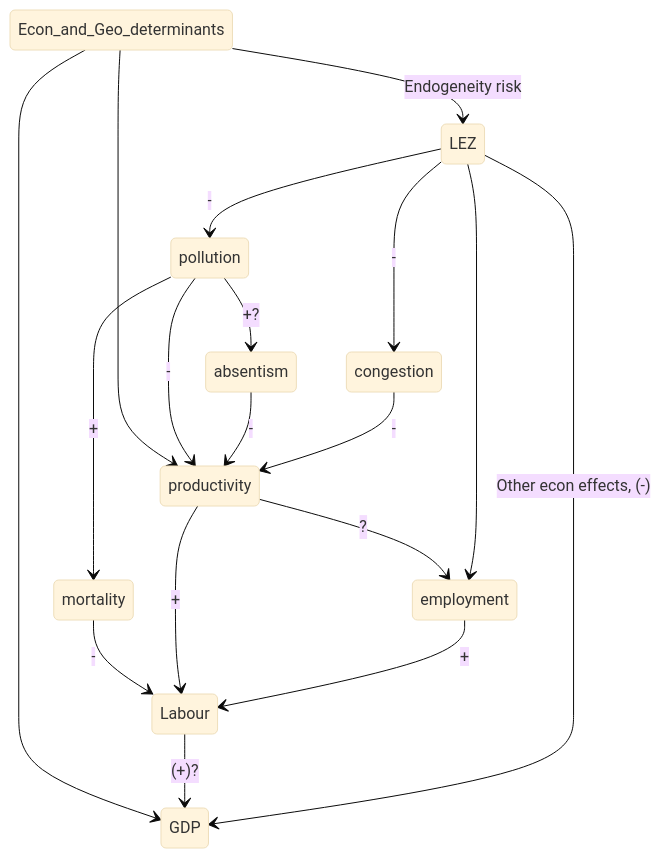
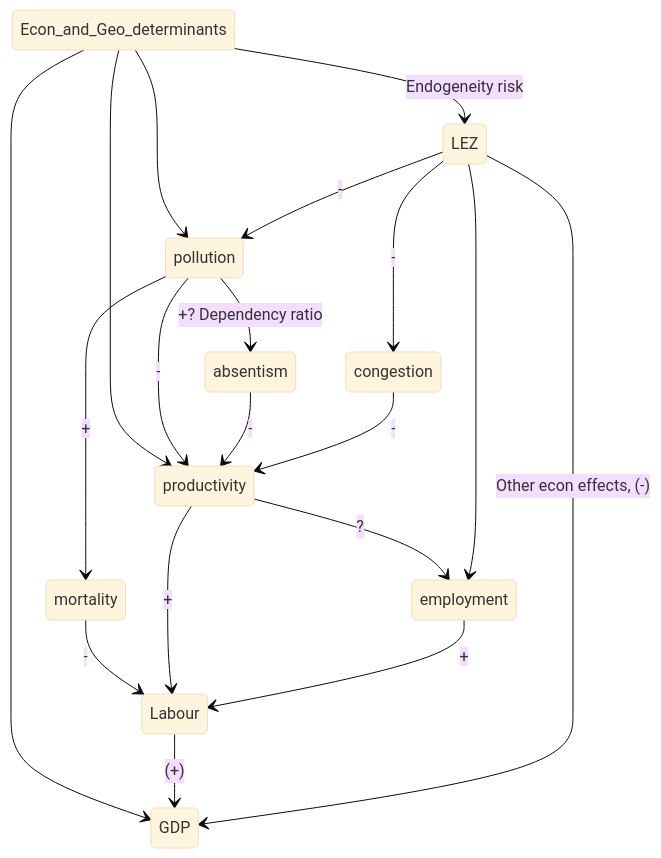
One commit to avila-a/Capstone-Project-ASDS changed the diagram in Meeting with Raúl 012020.md. Above: the diagram before and after it, drawn with Mermaid (base theme). The commit also changed other lines of this file and 2 other files, not shown here.

````diff
--- a/Meeting with Raúl 012020.md
+++ b/Meeting with Raúl 012020.md
@@ -84,27 +96,28 @@
 ```mermaid
 stateDiagram
         Econ_and_Geo_determinants --> productivity
         Econ_and_Geo_determinants --> GDP
         #Econ_and_Geo_determinants --> employment
         pollution --> productivity : -
         pollution --> mortality : +
         absentism --> productivity : -
         congestion --> productivity : -
-        Labour --> GDP : (+)?
+        Labour --> GDP : (+) 
         mortality --> Labour : -
         productivity --> Labour : +
         employment --> Labour : +
         productivity --> employment : ?
+        Econ_and_Geo_determinants --> pollution
         LEZ --> pollution : -
-        LEZ --> congestion : -
         LEZ --> GDP : Other econ effects, (-)
-        pollution --> absentism : +?
+        pollution --> absentism : +? Dependency ratio
         Econ_and_Geo_determinants --> LEZ : Endogeneity risk
         LEZ --> employment 
+        LEZ --> congestion : -
         #LEZ --> Costs
         #LEZ --> Profits
         #Profits --> K
         #Costs --> K
         #K --> GDP
         #second --> [*]
 ```
````
